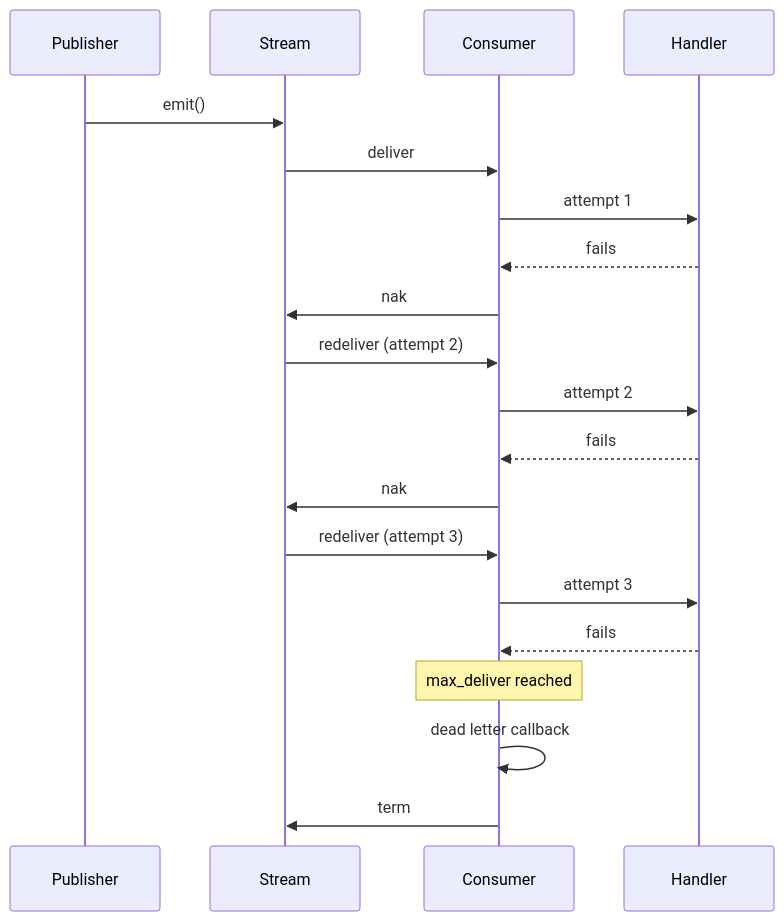
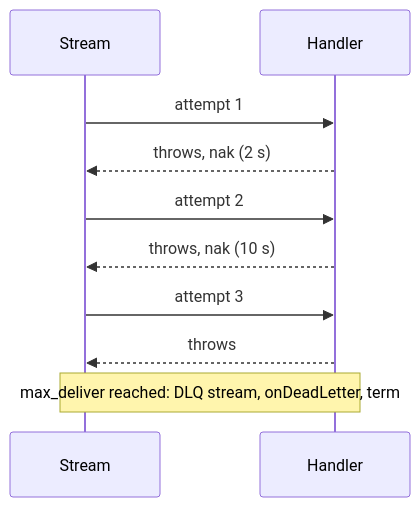
The diagram in website/docs/patterns/events.md (HorizonRepublic/nestjs-jetstream), drawn with Mermaid before and after one commit. The commit also changed other lines of this file and 62 other files, not shown here.

````diff
--- a/website/docs/patterns/events.md
+++ b/website/docs/patterns/events.md
@@ -172,22 +103,12 @@
 ```mermaid
 sequenceDiagram
-    participant Publisher
     participant Stream
-    participant Consumer
     participant Handler
-    Publisher->>Stream: emit()
-    Stream->>Consumer: deliver
-    Consumer->>Handler: attempt 1
-    Handler-->>Consumer: fails
-    Consumer->>Stream: nak
-    Stream->>Consumer: redeliver (attempt 2)
-    Consumer->>Handler: attempt 2
-    Handler-->>Consumer: fails
-    Consumer->>Stream: nak
-    Stream->>Consumer: redeliver (attempt 3)
-    Consumer->>Handler: attempt 3
-    Handler-->>Consumer: fails
-    Note over Consumer: max_deliver reached
-    Consumer->>Consumer: dead letter callback
-    Consumer->>Stream: term
+    Stream->>Handler: attempt 1
+    Handler-->>Stream: throws, nak (2 s)
+    Stream->>Handler: attempt 2
+    Handler-->>Stream: throws, nak (10 s)
+    Stream->>Handler: attempt 3
+    Handler-->>Stream: throws
+    Note over Stream,Handler: max_deliver reached: DLQ stream, onDeadLetter, term
 ```
````
